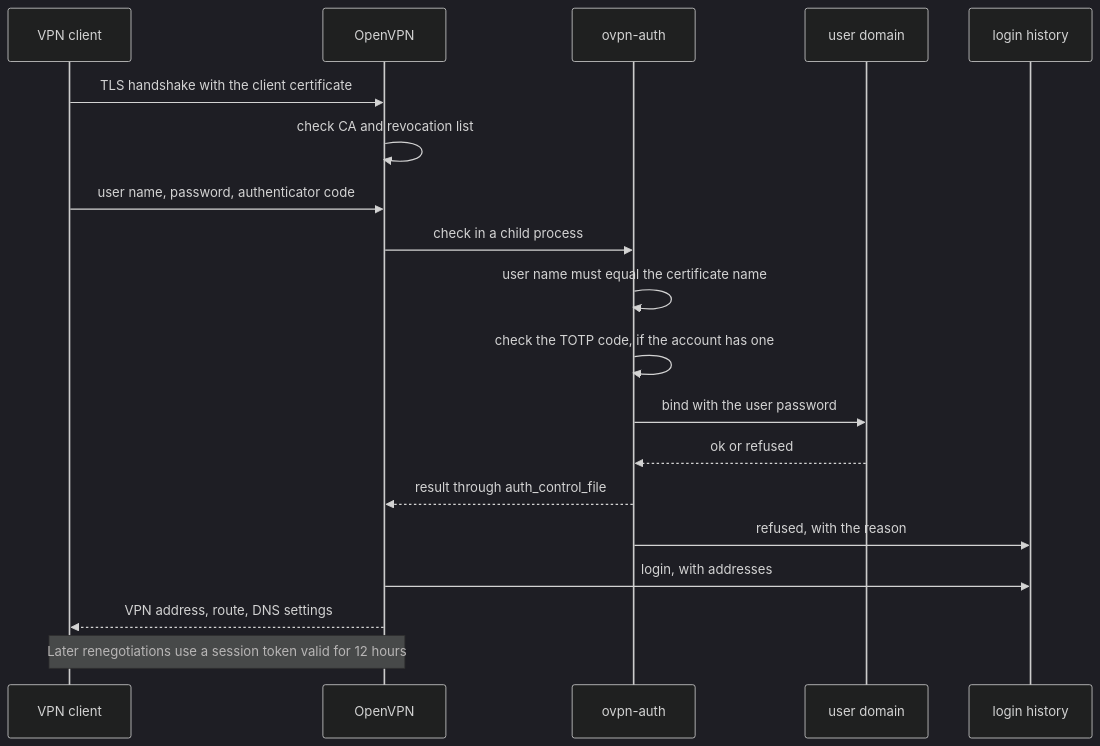
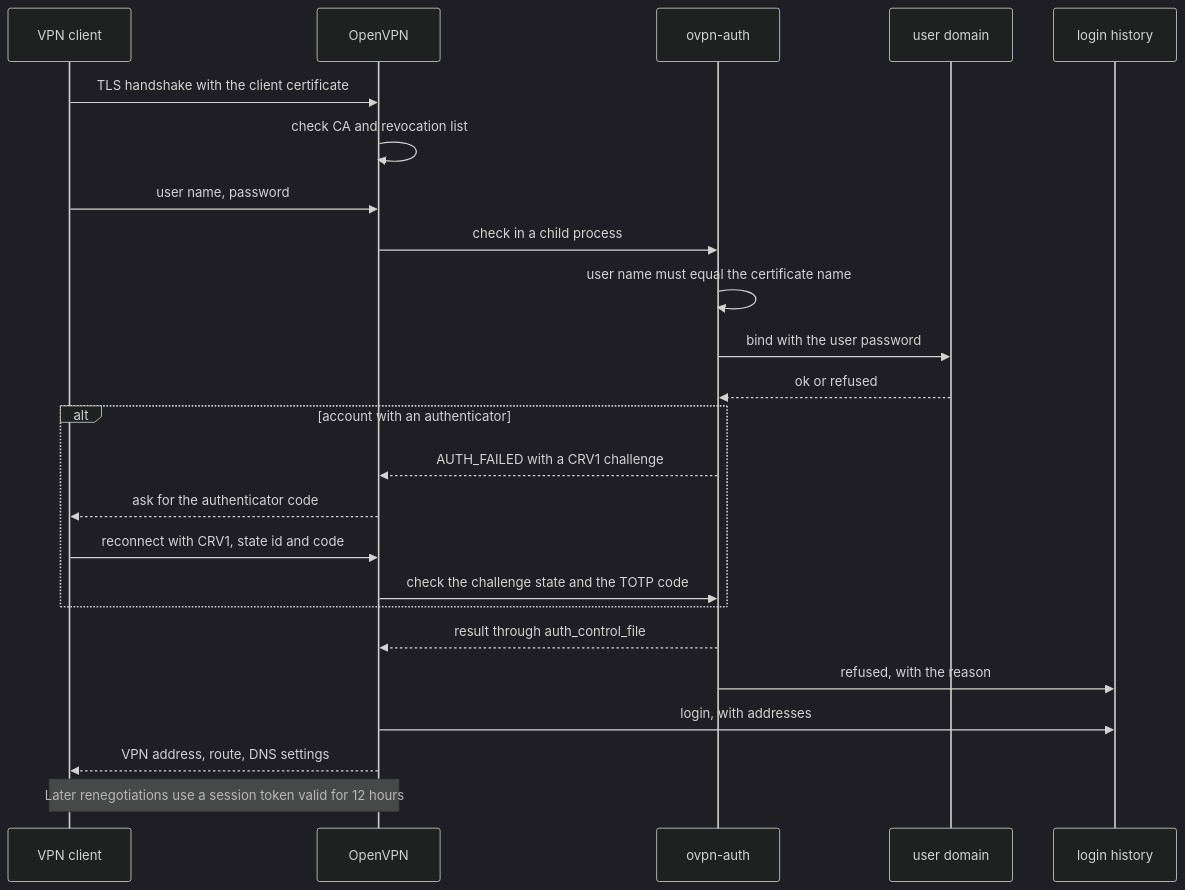
The second of 6 diagrams in docs/network.md (stephdl/ns8-roadwarrior), drawn with Mermaid (dark theme) before and after one commit. The commit also changed other lines of this file and 1 other file, not shown here.

Commit message:
docs: explain the dynamic challenge and how to check the VPN DNS

````diff
--- a/docs/network.md
+++ b/docs/network.md
@@ -47,22 +47,27 @@
 ```mermaid
 sequenceDiagram
     participant C as VPN client
     participant O as OpenVPN
     participant A as ovpn-auth
     participant L as user domain
     participant H as login history
 
     C->>O: TLS handshake with the client certificate
     O->>O: check CA and revocation list
-    C->>O: user name, password, authenticator code
+    C->>O: user name, password
     O->>A: check in a child process
     A->>A: user name must equal the certificate name
-    A->>A: check the TOTP code, if the account has one
     A->>L: bind with the user password
     L-->>A: ok or refused
+    alt account with an authenticator
+        A-->>O: AUTH_FAILED with a CRV1 challenge
+        O-->>C: ask for the authenticator code
+        C->>O: reconnect with CRV1, state id and code
+        O->>A: check the challenge state and the TOTP code
+    end
     A-->>O: result through auth_control_file
     A->>H: refused, with the reason
     O->>H: login, with addresses
     O-->>C: VPN address, route, DNS settings
     Note over C,O: Later renegotiations use a session token valid for 12 hours
 ```
````
